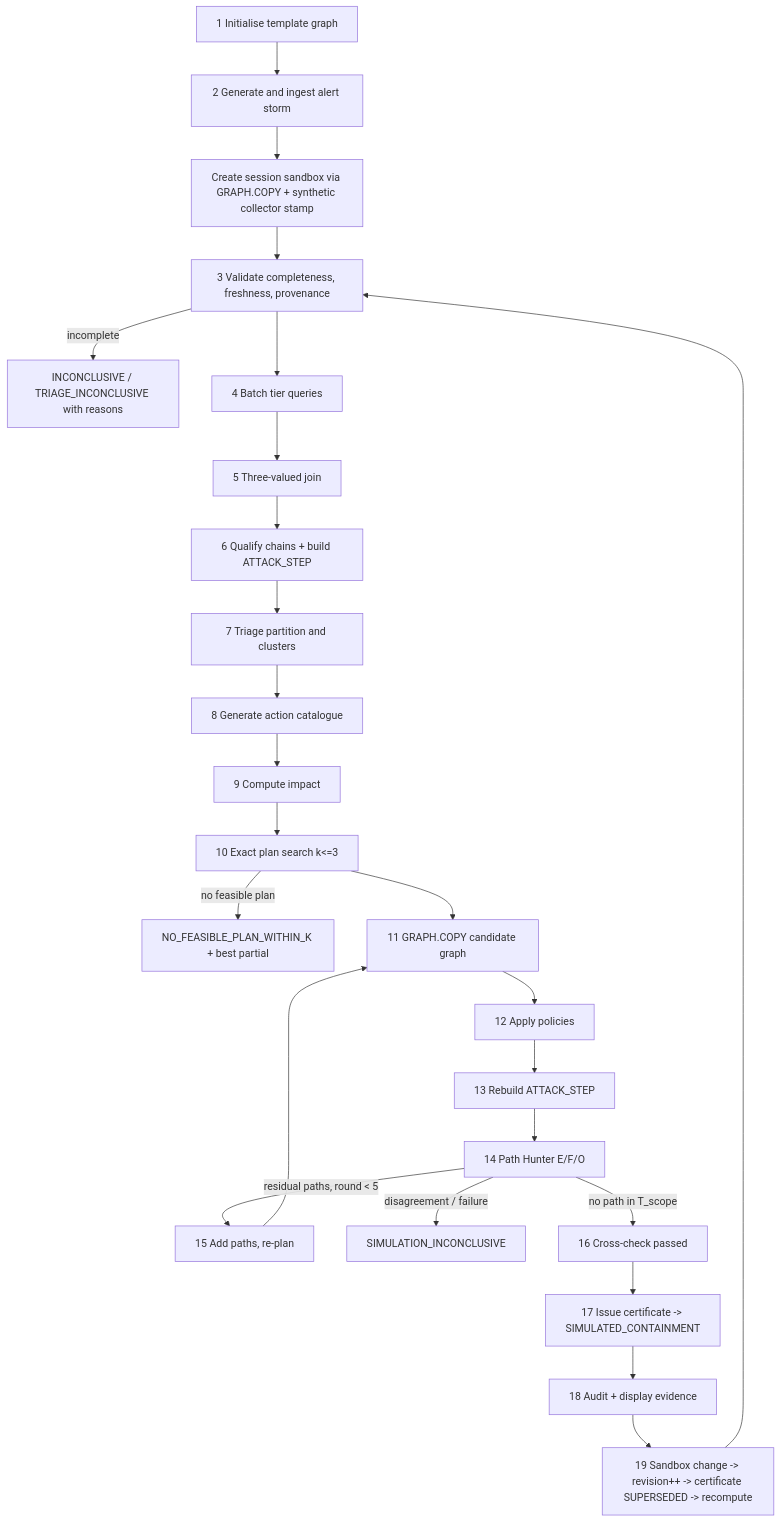
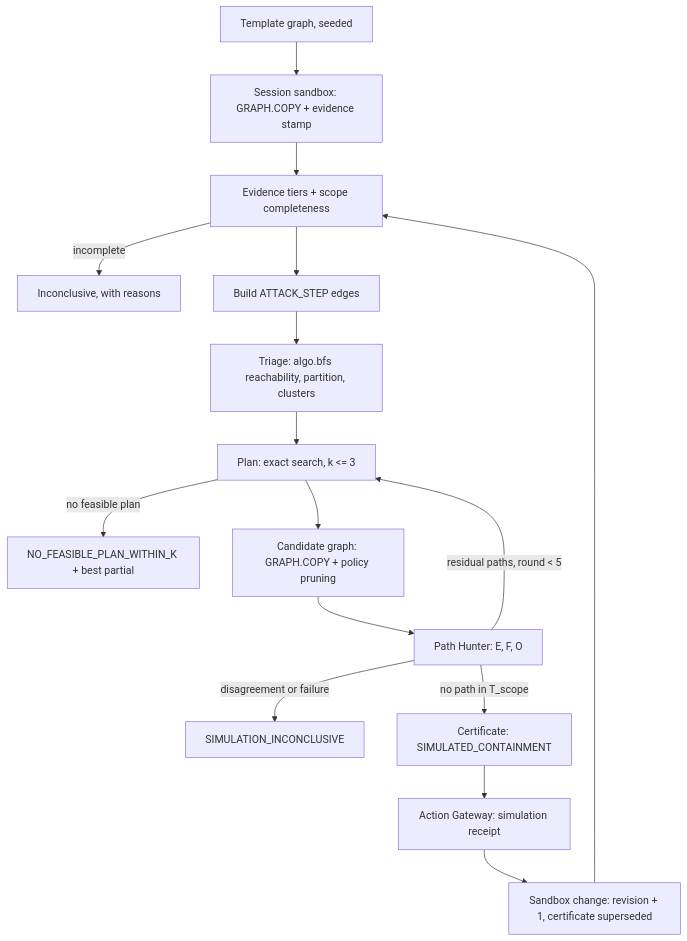
Before and after one commit to YashSoni998265/interdict: the first of 4 diagrams in solution.md, drawn with Mermaid. The commit also changed other lines of this file and 1 other file, not shown here.

````diff
--- a/solution.md
+++ b/solution.md
@@ -233,27 +193,18 @@
 ```mermaid
 flowchart TD
-    S1[1 Initialise template graph] --> S2[2 Generate and ingest alert storm]
-    S2 --> SB[Create session sandbox via GRAPH.COPY + synthetic collector stamp]
-    SB --> S3[3 Validate completeness, freshness, provenance]
-    S3 -->|incomplete| INC[INCONCLUSIVE / TRIAGE_INCONCLUSIVE with reasons]
-    S3 --> S4[4 Batch tier queries]
-    S4 --> S5[5 Three-valued join]
-    S5 --> S6[6 Qualify chains + build ATTACK_STEP]
-    S6 --> S7[7 Triage partition and clusters]
-    S7 --> S8[8 Generate action catalogue]
-    S8 --> S9[9 Compute impact]
-    S9 --> S10[10 Exact plan search k<=3]
-    S10 -->|no feasible plan| NF[NO_FEASIBLE_PLAN_WITHIN_K + best partial]
-    S10 --> S11[11 GRAPH.COPY candidate graph]
-    S11 --> S12[12 Apply policies]
-    S12 --> S13[13 Rebuild ATTACK_STEP]
-    S13 --> S14[14 Path Hunter E/F/O]
-    S14 -->|residual paths, round < 5| S15[15 Add paths, re-plan]
-    S15 --> S11
-    S14 -->|disagreement / failure| SI[SIMULATION_INCONCLUSIVE]
-    S14 -->|no path in T_scope| S16[16 Cross-check passed]
-    S16 --> S17[17 Issue certificate -> SIMULATED_CONTAINMENT]
-    S17 --> S18[18 Audit + display evidence]
-    S18 --> S19[19 Sandbox change -> revision++ -> certificate SUPERSEDED -> recompute]
-    S19 --> S3
+    T[Template graph, seeded] --> SB[Session sandbox: GRAPH.COPY + evidence stamp]
+    SB --> EV[Evidence tiers + scope completeness]
+    EV -->|incomplete| INC[Inconclusive, with reasons]
+    EV --> AS[Build ATTACK_STEP edges]
+    AS --> TR[Triage: algo.bfs reachability, partition, clusters]
+    TR --> PL[Plan: exact search, k <= 3]
+    PL -->|no feasible plan| NF[NO_FEASIBLE_PLAN_WITHIN_K + best partial]
+    PL --> CG[Candidate graph: GRAPH.COPY + policy pruning]
+    CG --> PH[Path Hunter: E, F, O]
+    PH -->|residual paths, round < 5| PL
+    PH -->|disagreement or failure| SI[SIMULATION_INCONCLUSIVE]
+    PH -->|no path in T_scope| CE[Certificate: SIMULATED_CONTAINMENT]
+    CE --> GW[Action Gateway: simulation receipt]
+    GW --> CH[Sandbox change: revision + 1, certificate superseded]
+    CH --> EV
 ```
````
